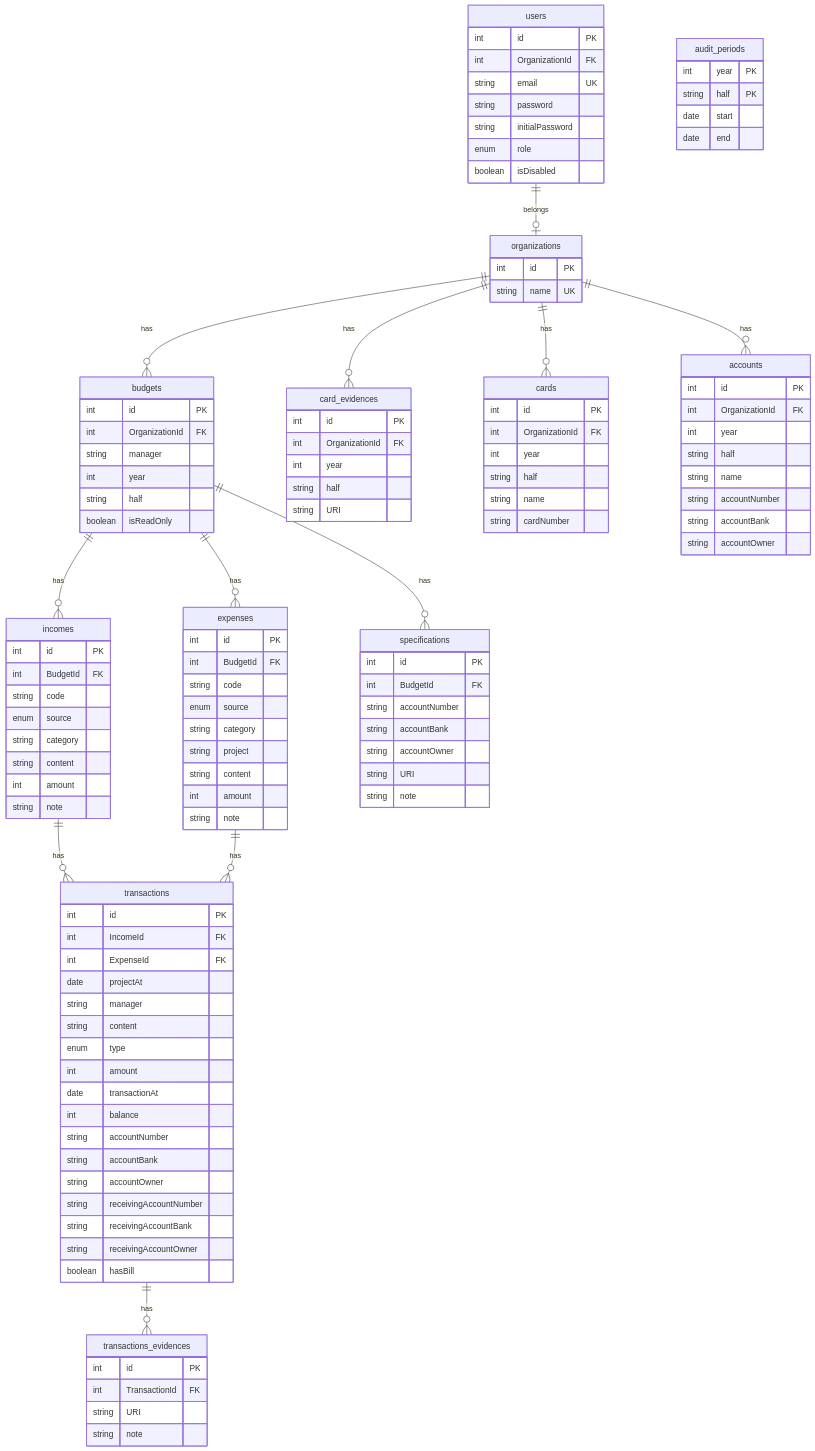
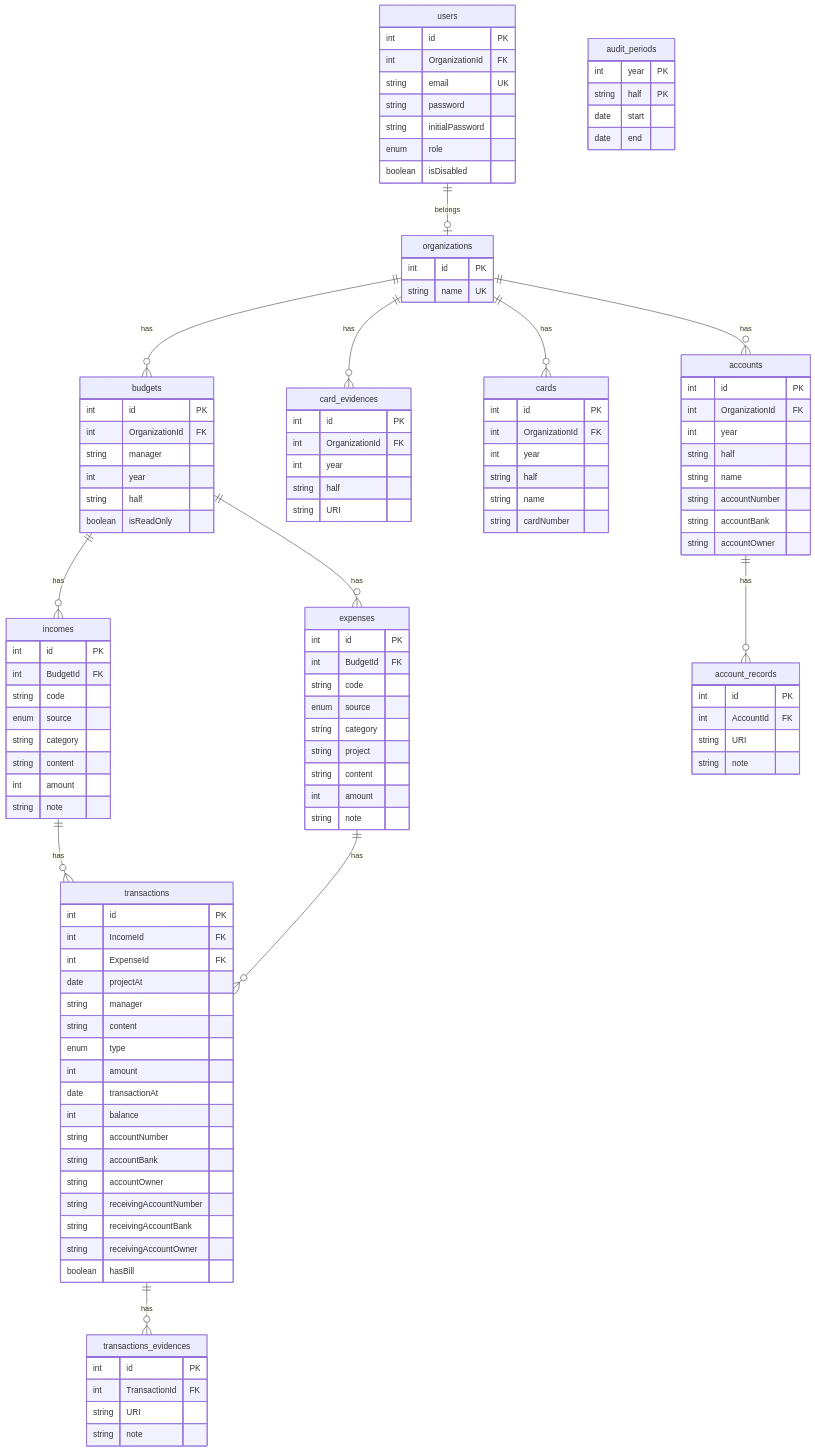
The first of 2 diagrams in README.md (tnqja0227/board-of-audit-and-inspection-system), drawn with Mermaid before and after one commit.

Commit message:
Update ERD
- change specification to account_records
- change relation btw budgets and account_records to accounts and account_records.

````diff
--- a/README.md
+++ b/README.md
@@ -68,16 +68,6 @@
         string note
     }
     budgets ||--o{ expenses: has
-    budgets ||--o{ specifications: has
-    specifications {
-        int id PK
-        int BudgetId FK
-        string accountNumber
-        string accountBank
-        string accountOwner
-        string URI
-        string note
-    }
     expenses {
         int id PK
         int BudgetId FK
@@ -151,4 +141,11 @@
         string accountBank
         string accountOwner
     }
+    accounts ||--o{ account_records: has
+    account_records {
+        int id PK
+        int AccountId FK
+        string URI
+        string note
+    }
 ```
````
